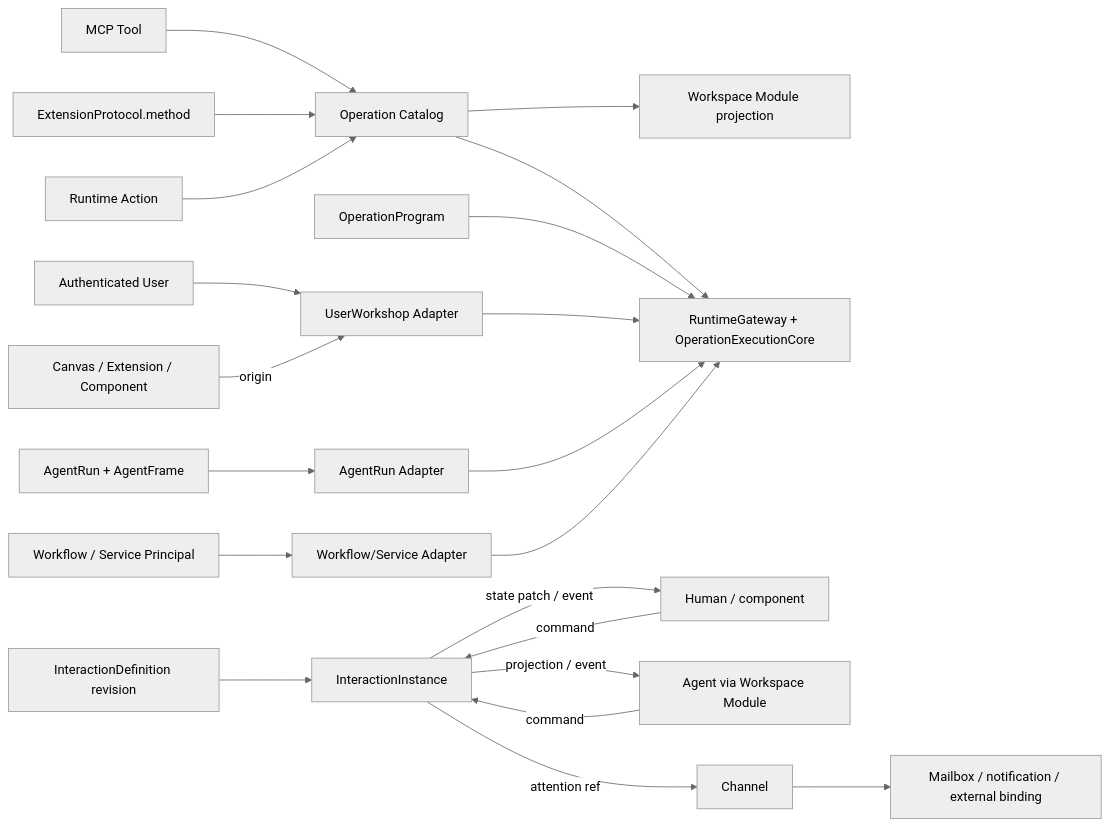
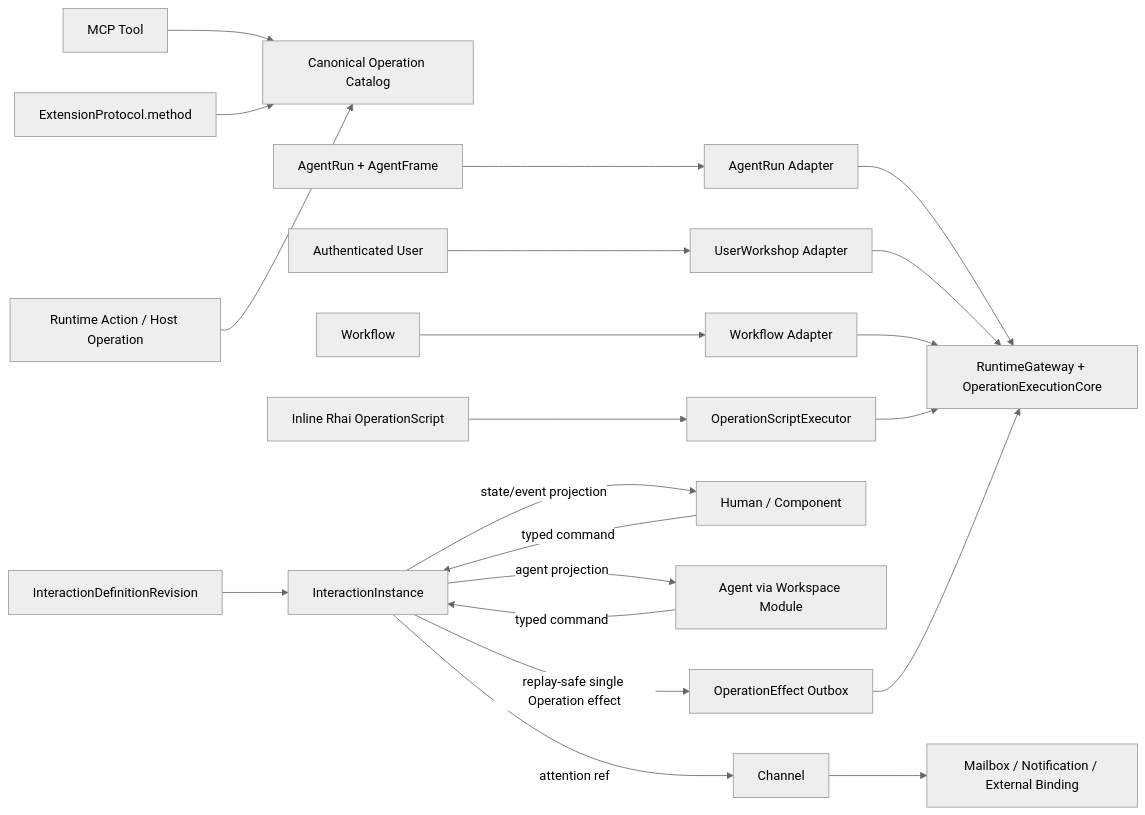
Before and after one commit to syan2018/AgentDash: the diagram in .trellis/tasks/07-10-workspace-module-duplex-interaction-system/design.md, drawn with Mermaid (neutral theme). The commit also changed other lines of this file and 21 other files, not shown here.

First line of the commit message:
docs(workspace): 冻结 Canvas 与双工交互 V1 方案

````diff
--- a/.trellis/tasks/07-10-workspace-module-duplex-interaction-system/design.md
+++ b/.trellis/tasks/07-10-workspace-module-duplex-interaction-system/design.md
@@ -5,25 +5,26 @@
 ```mermaid
 flowchart LR
-  MCP["MCP Tool"] --> OC["Operation Catalog"]
+  MCP["MCP Tool"] --> OC["Canonical Operation Catalog"]
   EP["ExtensionProtocol.method"] --> OC
-  RA["Runtime Action"] --> OC
-  OC --> WM["Workspace Module projection"]
-  OC --> RG["RuntimeGateway + OperationExecutionCore"]
-  OP["OperationProgram"] --> RG
+  RA["Runtime Action / Host Operation"] --> OC
 
+  AG["AgentRun + AgentFrame"] --> AA["AgentRun Adapter"]
   U["Authenticated User"] --> UW["UserWorkshop Adapter"]
-  C["Canvas / Extension / Component"] -->|origin| UW
+  WF["Workflow"] --> WA["Workflow Adapter"]
+  AA --> RG["RuntimeGateway + OperationExecutionCore"]
   UW --> RG
-  AF["AgentRun + AgentFrame"] --> AA["AgentRun Adapter"]
-  AA --> RG
-  W["Workflow / Service Principal"] --> WA["Workflow/Service Adapter"]
   WA --> RG
 
-  D["InteractionDefinition revision"] --> I["InteractionInstance"]
-  UI["Human / component"] -->|command| I
-  AG["Agent via Workspace Module"] -->|command| I
-  I -->|state patch / event| UI
-  I -->|projection / event| AG
-  I -->|attention ref| CH["Channel"]
-  CH --> MB["Mailbox / notification / external binding"]
+  SRC["Inline Rhai OperationScript"] --> SE["OperationScriptExecutor"]
+  SE --> RG
+
+  DEF["InteractionDefinitionRevision"] --> INS["InteractionInstance"]
+  HUMAN["Human / Component"] -->|"typed command"| INS
+  AGENT["Agent via Workspace Module"] -->|"typed command"| INS
+  INS -->|"state/event projection"| HUMAN
+  INS -->|"agent projection"| AGENT
+  INS -->|"replay-safe single Operation effect"| OE["OperationEffect Outbox"]
+  OE --> RG
+  INS -->|"attention ref"| CH["Channel"]
+  CH --> MB["Mailbox / Notification / External Binding"]
 ```
````
